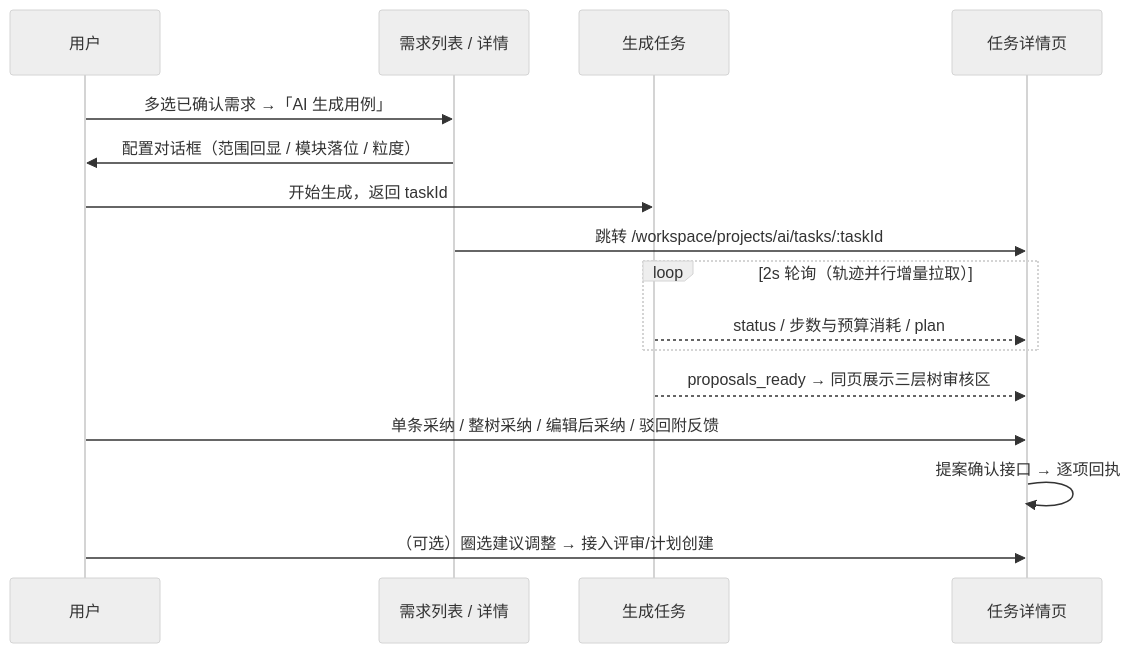
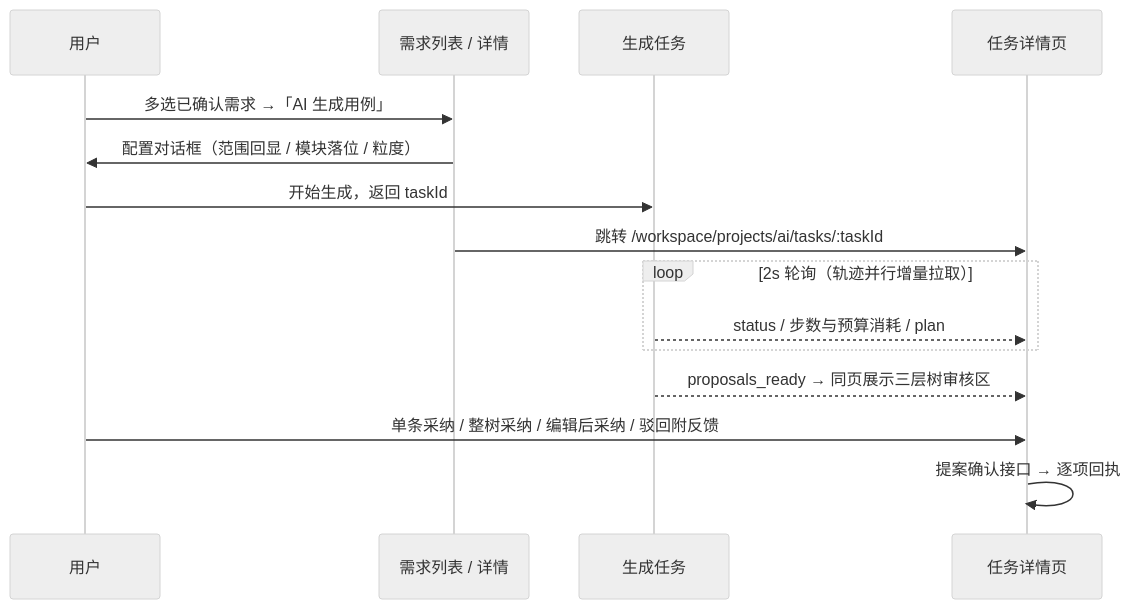
One commit to XiaoMiSum/robotest changed the diagram in docs/05-interaction-design/07-ai-capability/04-ai-generation-ui.md. Above: the diagram before and after it, drawn with Mermaid (neutral theme). The commit also changed other lines of this file and 7 other files, not shown here.

````diff
--- a/docs/05-interaction-design/07-ai-capability/04-ai-generation-ui.md
+++ b/docs/05-interaction-design/07-ai-capability/04-ai-generation-ui.md
@@ -82,18 +71,17 @@
 ```mermaid
 sequenceDiagram
   participant U as 用户
   participant R as 需求列表 / 详情
   participant G as 生成任务
   participant D as 任务详情页
   U->>R: 多选已确认需求 →「AI 生成用例」
   R->>U: 配置对话框（范围回显 / 模块落位 / 粒度）
   U->>G: 开始生成，返回 taskId
   R->>D: 跳转 /workspace/projects/ai/tasks/:taskId
   loop 2s 轮询（轨迹并行增量拉取）
     G-->>D: status / 步数与预算消耗 / plan
   end
   G-->>D: proposals_ready → 同页展示三层树审核区
   U->>D: 单条采纳 / 整树采纳 / 编辑后采纳 / 驳回附反馈
   D->>D: 提案确认接口 → 逐项回执
-  U->>D: （可选）圈选建议调整 → 接入评审/计划创建
 ```
````
